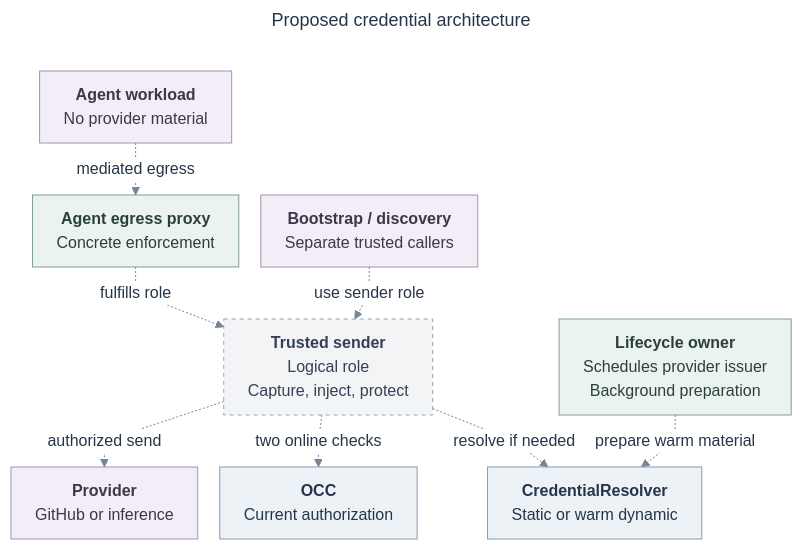
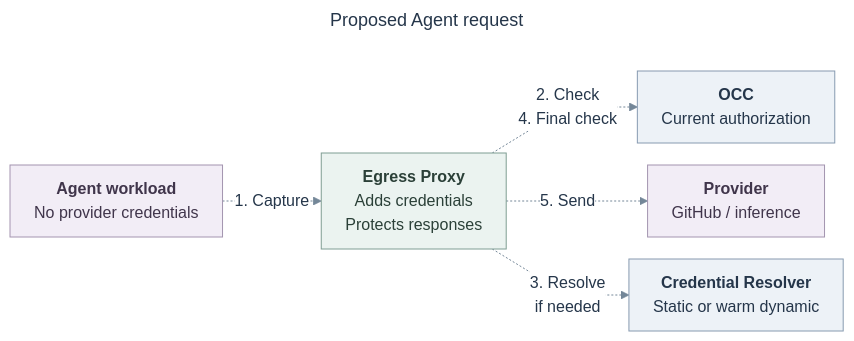
Before and after one commit to freeqaz-openai/openclaw-enterprise: the diagram in specs/rfcs/0019-egress-proxy-credential-lifecycle/assets/overview.mmd, drawn with Mermaid. The commit also changed 4 other files, not shown here.

Commit message:
docs(rfc): clarify request and credential-source diagrams

```diff
--- a/specs/rfcs/0019-egress-proxy-credential-lifecycle/assets/overview.mmd
+++ b/specs/rfcs/0019-egress-proxy-credential-lifecycle/assets/overview.mmd
@@ -1,51 +1,41 @@
 ---
-title: "Proposed credential architecture"
+title: "Proposed Agent request"
 config:
   theme: base
   htmlLabels: true
   themeVariables:
     fontFamily: "Arial, sans-serif"
     fontSize: "16px"
     primaryTextColor: "#25364A"
     lineColor: "#748798"
     edgeLabelBackground: "#FFFFFF"
     clusterBkg: "#FAFBFC"
     clusterBorder: "#D8DEE6"
   flowchart:
     useMaxWidth: false
     curve: linear
     nodeSpacing: 22
-    rankSpacing: 28
+    rankSpacing: 24
     padding: 12
     diagramPadding: 12
     subGraphTitleMargin:
       top: 10
       bottom: 14
 ---
-flowchart TB
-  Agent["<b>Agent workload</b><br/>No provider material"]
-  Proxy["<b>Agent egress proxy</b><br/>Concrete enforcement"]
-  Other["<b>Bootstrap / discovery</b><br/>Separate trusted callers"]
-  Sender["<b>Trusted sender</b><br/>Logical role<br/>Capture, inject, protect"]
+flowchart LR
+  Agent["<b>Agent workload</b><br/>No provider credentials"]
+  Proxy["<b>Egress Proxy</b><br/>Adds credentials<br/>Protects responses"]
   OCC["<b>OCC</b><br/>Current authorization"]
-  Resolver["<b>CredentialResolver</b><br/>Static or warm dynamic"]
-  Provider["<b>Provider</b><br/>GitHub or inference"]
-  Background["<b>Lifecycle owner</b><br/>Schedules provider issuer<br/>Background preparation"]
-  Agent -. mediated egress .-> Proxy
-  Proxy -. fulfills role .-> Sender
-  Other -. use sender role .-> Sender
-  Sender -. authorized send .-> Provider
-  Sender -. two online checks .-> OCC
-  Sender -. resolve if needed .-> Resolver
-  Background -. prepare warm material .-> Resolver
-  class Agent,Other,Provider external
+  Provider["<b>Provider</b><br/>GitHub / inference"]
+  Resolver["<b>Credential Resolver</b><br/>Static or warm dynamic"]
+  Agent -. "1. Capture" .-> Proxy
+  Proxy -. "2. Check<br/>4. Final check" .-> OCC
+  Proxy -. "5. Send" .-> Provider
+  Proxy -. "3. Resolve<br/>if needed" .-> Resolver
+  class Agent,Provider external
   class Proxy action
-  class Sender logical
   class OCC,Resolver api
-  class Background action
   classDef api fill:#EDF2F7,stroke:#879AB0,color:#25364A,stroke-width:1px
   classDef action fill:#EBF3F0,stroke:#7F9D93,color:#2B4038,stroke-width:1px
   classDef external fill:#F2EDF6,stroke:#A394AF,color:#40354B,stroke-width:1px
-  classDef gate fill:#F7F1E5,stroke:#B3A078,color:#514532,stroke-width:1px
-  classDef logical fill:#F3F4F6,stroke:#98A2AE,color:#344054,stroke-width:1px,stroke-dasharray:4 4
   linkStyle default stroke:#748798,stroke-width:1px
```
